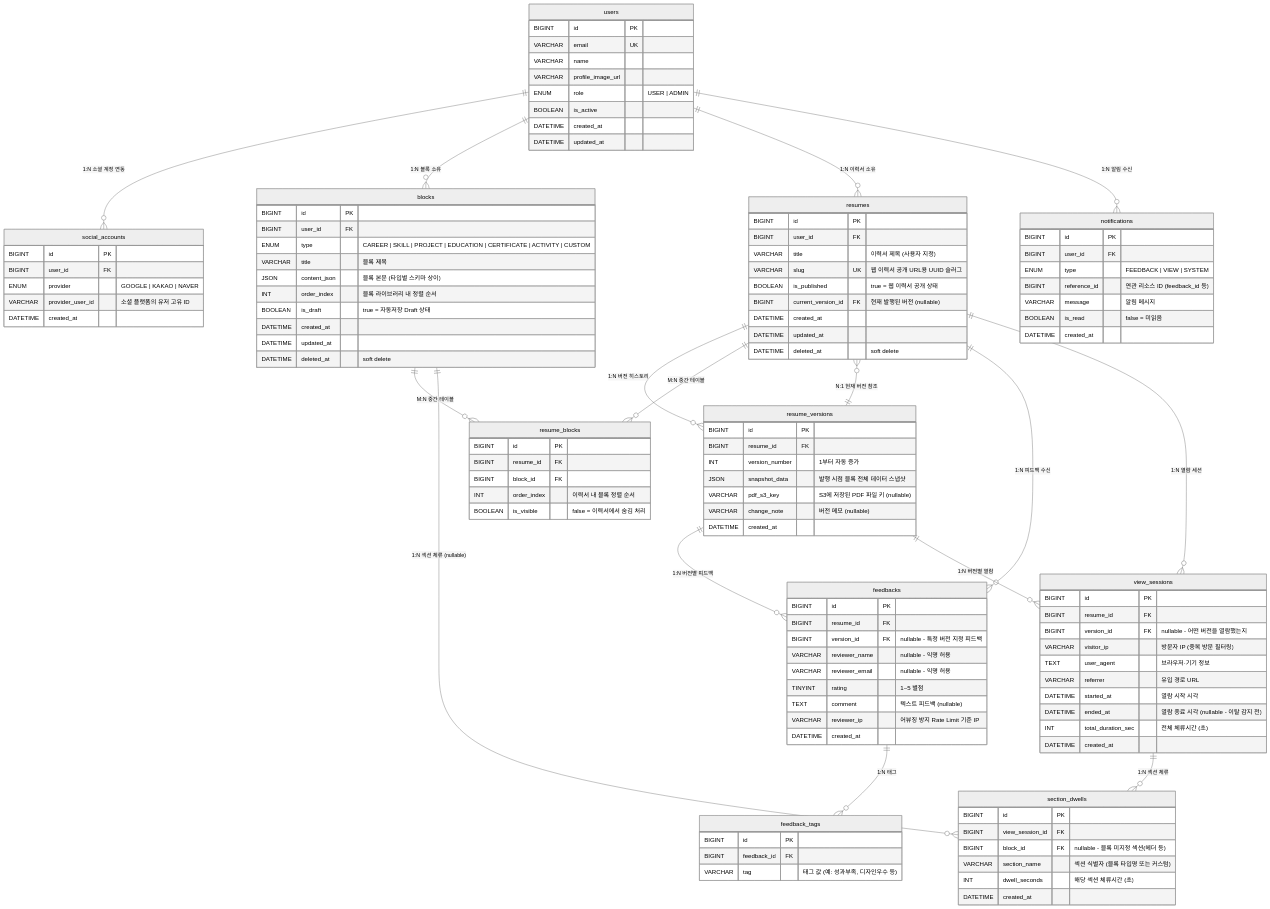
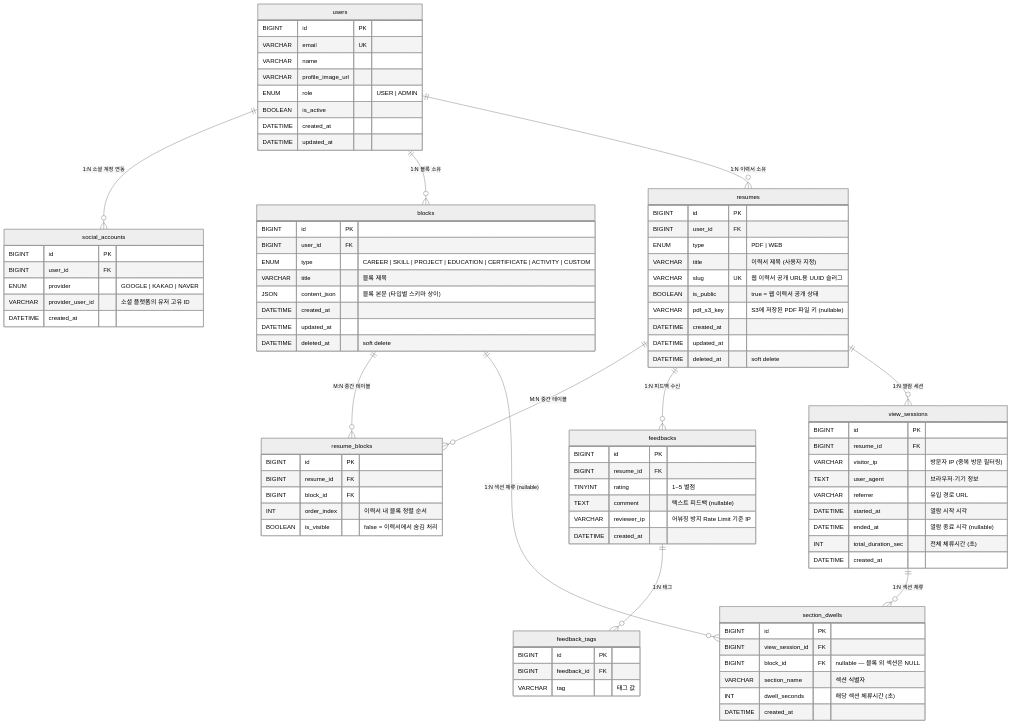
Before and after one commit to resume-helper/BE: the diagram in doc/ERD_DRAFT.md, drawn with Mermaid (neutral theme). The commit also changed other lines of this file and 6 other files, not shown here.

First line of the commit message:
docs: ERD 1차 확정 및 서비스 정책서 작성

````diff
--- a/doc/ERD_DRAFT.md
+++ b/doc/ERD_DRAFT.md
@@ -73,8 +73,6 @@
         ENUM type "CAREER | SKILL | PROJECT | EDUCATION | CERTIFICATE | ACTIVITY | CUSTOM"
         VARCHAR title "블록 제목"
         JSON content_json "블록 본문 (타입별 스키마 상이)"
-        INT order_index "블록 라이브러리 내 정렬 순서"
-        BOOLEAN is_draft "true = 자동저장 Draft 상태"
         DATETIME created_at
         DATETIME updated_at
         DATETIME deleted_at "soft delete"
@@ -87,23 +85,14 @@
     resumes {
         BIGINT id PK
         BIGINT user_id FK
+        ENUM type "PDF | WEB"
         VARCHAR title "이력서 제목 (사용자 지정)"
         VARCHAR slug UK "웹 이력서 공개 URL용 UUID 슬러그"
-        BOOLEAN is_published "true = 웹 이력서 공개 상태"
-        BIGINT current_version_id FK "현재 발행된 버전 (nullable)"
+        BOOLEAN is_public "true = 웹 이력서 공개 상태"
+        VARCHAR pdf_s3_key "S3에 저장된 PDF 파일 키 (nullable)"
         DATETIME created_at
         DATETIME updated_at
         DATETIME deleted_at "soft delete"
-    }
-
-    resume_versions {
-        BIGINT id PK
-        BIGINT resume_id FK
-        INT version_number "1부터 자동 증가"
-        JSON snapshot_data "발행 시점 블록 전체 데이터 스냅샷"
-        VARCHAR pdf_s3_key "S3에 저장된 PDF 파일 키 (nullable)"
-        VARCHAR change_note "버전 메모 (nullable)"
-        DATETIME created_at
     }
 
     resume_blocks {
@@ -121,9 +110,6 @@
     feedbacks {
         BIGINT id PK
         BIGINT resume_id FK
-        BIGINT version_id FK "nullable - 특정 버전 지정 피드백"
-        VARCHAR reviewer_name "nullable - 익명 허용"
-        VARCHAR reviewer_email "nullable - 익명 허용"
         TINYINT rating "1~5 별점"
         TEXT comment "텍스트 피드백 (nullable)"
         VARCHAR reviewer_ip "어뷰징 방지 Rate Limit 기준 IP"
@@ -133,17 +119,7 @@
     feedback_tags {
         BIGINT id PK
         BIGINT feedback_id FK
-        VARCHAR tag "태그 값 (예: 성과부족, 디자인우수 등)"
-    }
-
-    notifications {
-        BIGINT id PK
-        BIGINT user_id FK
-        ENUM type "FEEDBACK | VIEW | SYSTEM"
-        BIGINT reference_id "연관 리소스 ID (feedback_id 등)"
-        VARCHAR message "알림 메시지"
-        BOOLEAN is_read "false = 미읽음"
-        DATETIME created_at
+        VARCHAR tag "태그 값"
     }
 
     %% =====================
@@ -153,12 +129,11 @@
     view_sessions {
         BIGINT id PK
         BIGINT resume_id FK
-        BIGINT version_id FK "nullable - 어떤 버전을 열람했는지"
         VARCHAR visitor_ip "방문자 IP (중복 방문 필터링)"
         TEXT user_agent "브라우저·기기 정보"
         VARCHAR referrer "유입 경로 URL"
         DATETIME started_at "열람 시작 시각"
-        DATETIME ended_at "열람 종료 시각 (nullable - 이탈 감지 전)"
+        DATETIME ended_at "열람 종료 시각 (nullable)"
         INT total_duration_sec "전체 체류시간 (초)"
         DATETIME created_at
     }
@@ -166,8 +141,8 @@
     section_dwells {
         BIGINT id PK
         BIGINT view_session_id FK
-        BIGINT block_id FK "nullable - 블록 미지정 섹션(헤더 등)"
-        VARCHAR section_name "섹션 식별자 (블록 타입명 또는 커스텀)"
+        BIGINT block_id FK "nullable — 블록 외 섹션은 NULL"
+        VARCHAR section_name "섹션 식별자"
         INT dwell_seconds "해당 섹션 체류시간 (초)"
         DATETIME created_at
     }
@@ -179,19 +154,14 @@
     users ||--o{ social_accounts : "1:N 소셜 계정 연동"
     users ||--o{ blocks : "1:N 블록 소유"
     users ||--o{ resumes : "1:N 이력서 소유"
-    users ||--o{ notifications : "1:N 알림 수신"
 
-    resumes ||--o{ resume_versions : "1:N 버전 히스토리"
     resumes ||--o{ resume_blocks : "M:N 중간 테이블"
     blocks  ||--o{ resume_blocks : "M:N 중간 테이블"
-    resumes }o--|| resume_versions : "N:1 현재 버전 참조"
 
     resumes ||--o{ feedbacks : "1:N 피드백 수신"
-    resume_versions ||--o{ feedbacks : "1:N 버전별 피드백"
     feedbacks ||--o{ feedback_tags : "1:N 태그"
 
     resumes ||--o{ view_sessions : "1:N 열람 세션"
-    resume_versions ||--o{ view_sessions : "1:N 버전별 열람"
     view_sessions ||--o{ section_dwells : "1:N 섹션 체류"
     blocks ||--o{ section_dwells : "1:N 섹션 체류 (nullable)"
 ```
````
